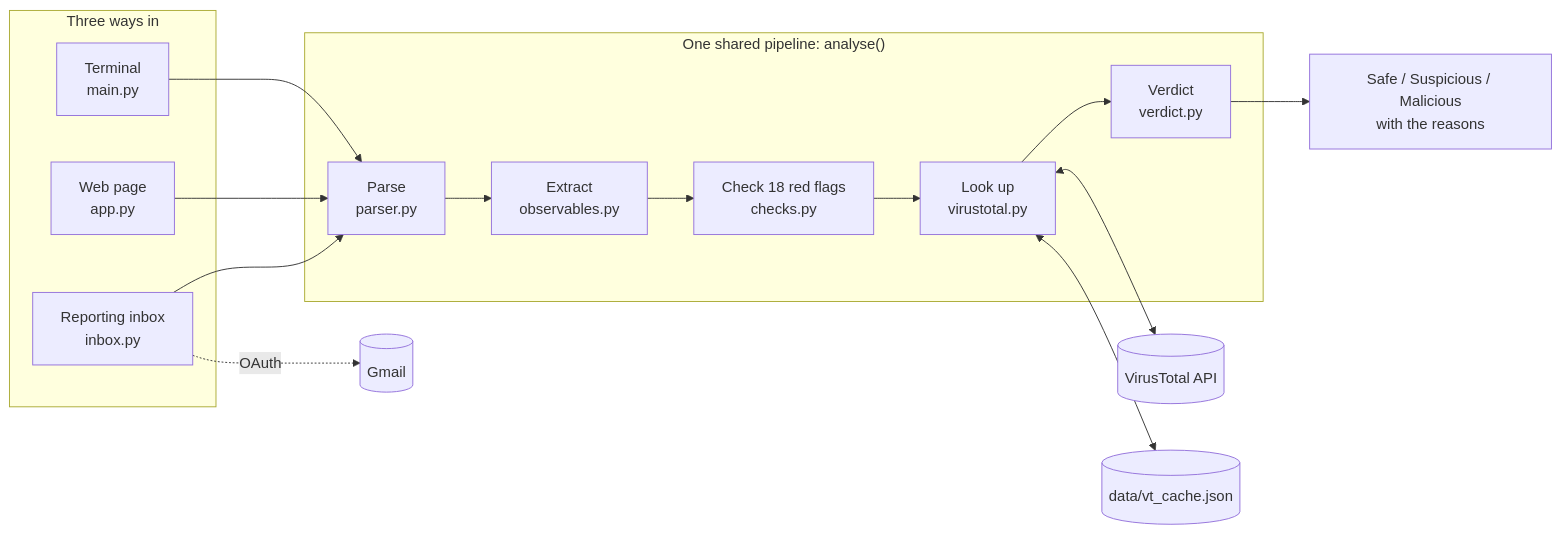
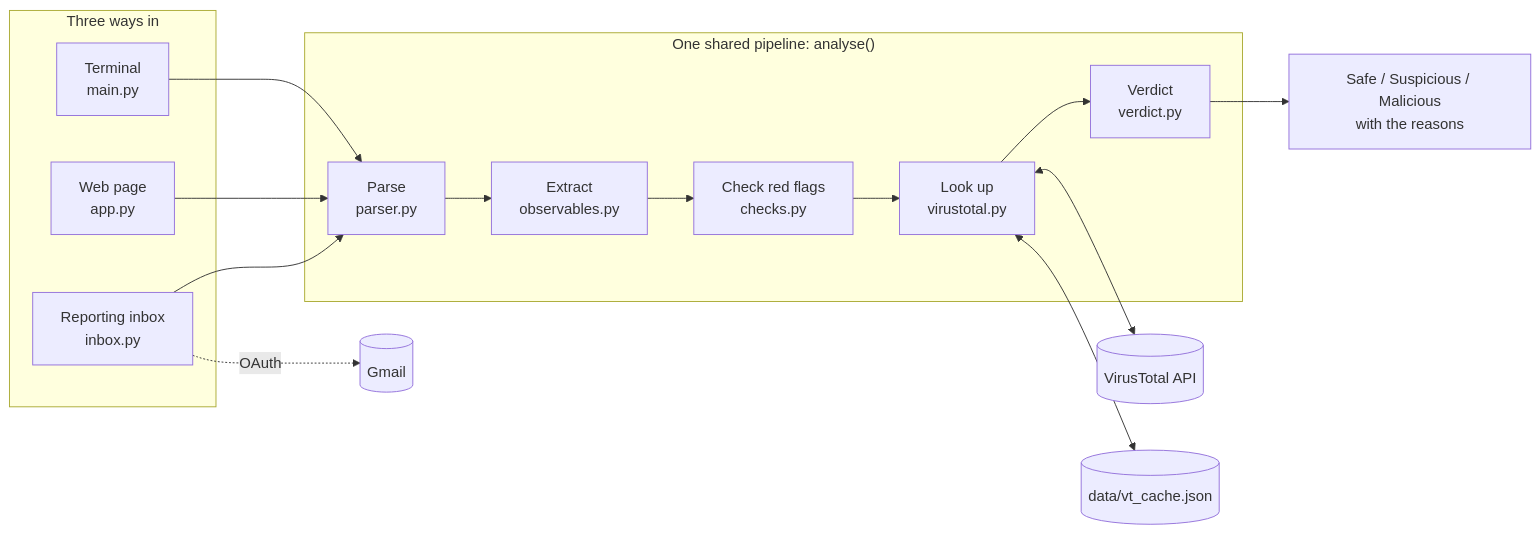
Before and after one commit to Valorz1/hookline: the diagram in README.md, drawn with Mermaid. The commit also changed other lines of this file and 60 other files, not shown here.

````diff
--- a/README.md
+++ b/README.md
@@ -19,25 +19,25 @@
 ```mermaid
 flowchart LR
     subgraph In["Three ways in"]
         CLI["Terminal<br/>main.py"]
         WEB["Web page<br/>app.py"]
         INBOX["Reporting inbox<br/>inbox.py"]
     end
 
     subgraph Engine["One shared pipeline: analyse()"]
         P["Parse<br/>parser.py"] --> O["Extract<br/>observables.py"]
-        O --> C["Check 18 red flags<br/>checks.py"]
+        O --> C["Check red flags<br/>checks.py"]
         C --> V["Look up<br/>virustotal.py"]
         V --> D["Verdict<br/>verdict.py"]
     end
 
     CLI --> P
     WEB --> P
     INBOX --> P
 
     V <--> VT[("VirusTotal API")]
     V <--> CACHE[("data/vt_cache.json")]
     INBOX -. OAuth .-> GMAIL[("Gmail")]
 
     D --> OUT["Safe / Suspicious / Malicious<br/>with the reasons"]
 ```
````
